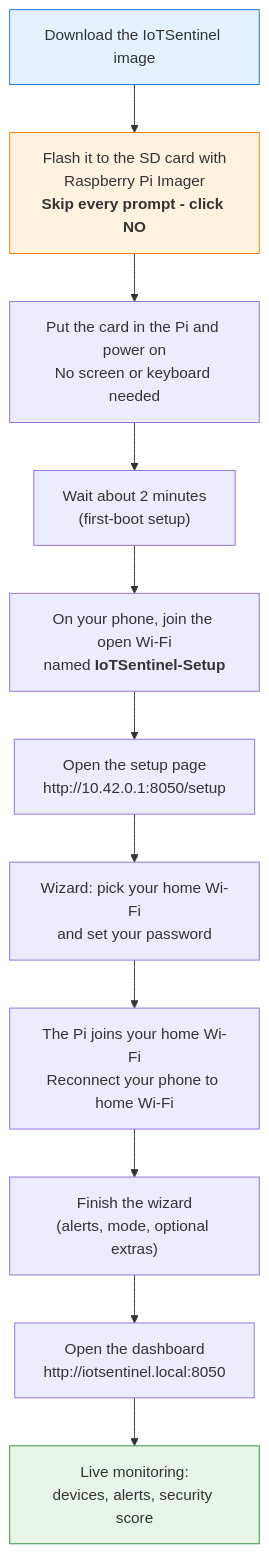
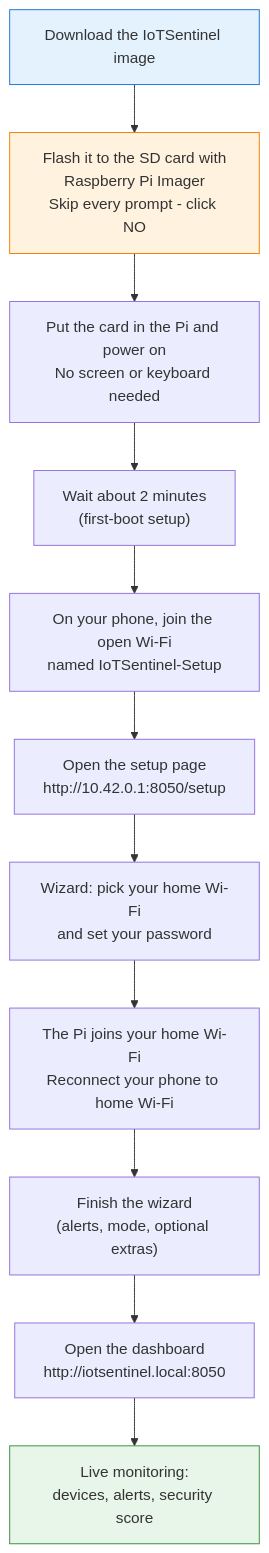
One commit to ritiksah141/iotsentinel changed the diagram in docs/SETUP_GUIDE.md. Above: the diagram before and after it, drawn with Mermaid. The commit also changed 2 other files, not shown here.

Commit message:
fix(docs): render setup-flow diagram as valid-XML SVG
  The Mermaid SVG used foreignObject HTML labels with unclosed <br> tags, which
  is invalid XML and broke when the .svg is opened standalone (e.g. an IDE's
  Markdown preview of START_HERE.md). Re-rendered with htmlLabels:false (pure-SVG
  text labels) and dropped the <b> tags that pure-SVG labels render literally.

````diff
--- a/docs/SETUP_GUIDE.md
+++ b/docs/SETUP_GUIDE.md
@@ -22,16 +22,16 @@
 ```mermaid
 flowchart TD
-    A["Download the IoTSentinel image"] --> B["Flash it to the SD card with<br/>Raspberry Pi Imager<br/><b>Skip every prompt - click NO</b>"]
+    A["Download the IoTSentinel image"] --> B["Flash it to the SD card with<br/>Raspberry Pi Imager<br/>Skip every prompt - click NO"]
     B --> C["Put the card in the Pi and power on<br/>No screen or keyboard needed"]
     C --> D["Wait about 2 minutes<br/>(first-boot setup)"]
-    D --> E["On your phone, join the open Wi-Fi<br/>named <b>IoTSentinel-Setup</b>"]
+    D --> E["On your phone, join the open Wi-Fi<br/>named IoTSentinel-Setup"]
     E --> F["Open the setup page<br/>http://10.42.0.1:8050/setup"]
     F --> G["Wizard: pick your home Wi-Fi<br/>and set your password"]
     G --> H["The Pi joins your home Wi-Fi<br/>Reconnect your phone to home Wi-Fi"]
     H --> I["Finish the wizard<br/>(alerts, mode, optional extras)"]
     I --> J["Open the dashboard<br/>http://iotsentinel.local:8050"]
     J --> K["Live monitoring:<br/>devices, alerts, security score"]
     style A fill:#e3f2fd,stroke:#1976d2
     style K fill:#e8f5e9,stroke:#388e3c
     style B fill:#fff3e0,stroke:#f57c00
 ```
````
